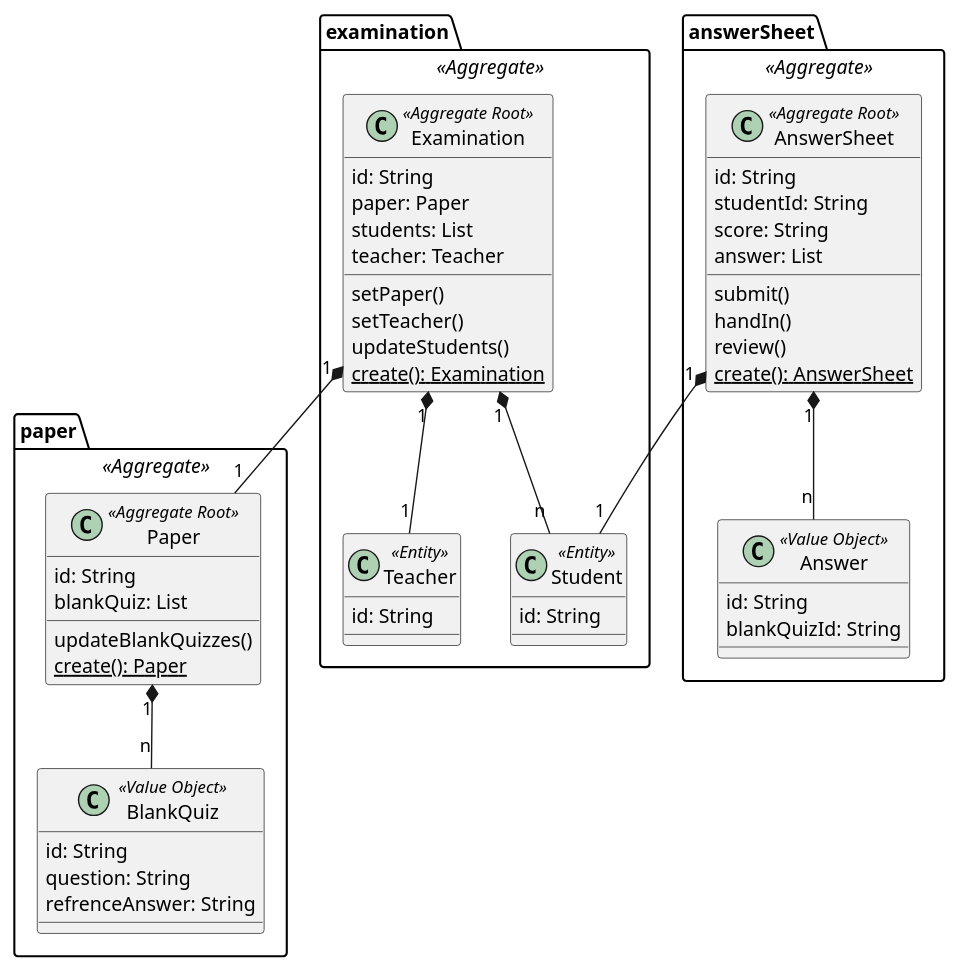
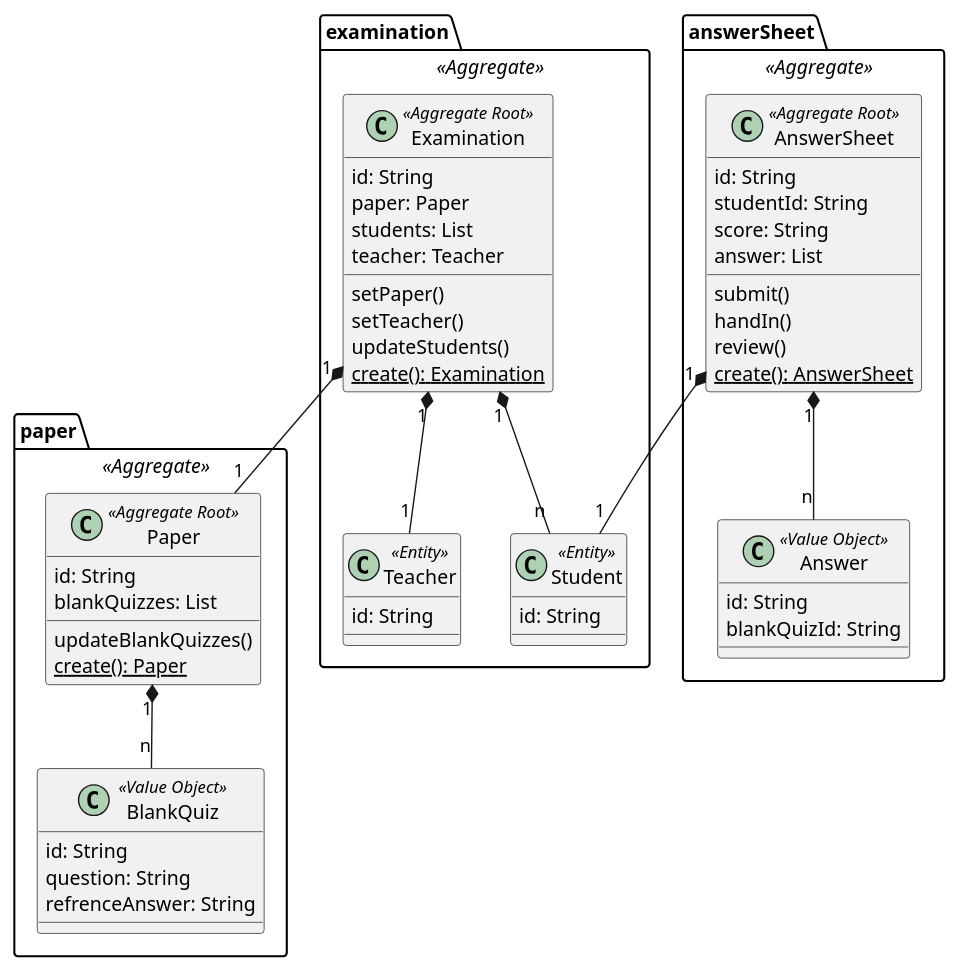
One commit to ChengYurou/exam-plantform changed the diagram in design/demo.puml. Above: the diagram before and after it, drawn with PlantUML.

Commit message:
rename parameter.

```diff
--- a/design/demo.puml
+++ b/design/demo.puml
@@ -1,60 +1,60 @@
 @startuml
 package paper <<Aggregate>>  {
     class Paper <<Aggregate Root>> {
         id: String
-        blankQuiz: List
+        blankQuizzes: List
         updateBlankQuizzes()
         {static} create(): Paper
     }
     class BlankQuiz <<Value Object>>{
         id: String
         question: String
         refrenceAnswer: String
     }
     Paper "1" *-- "n" BlankQuiz
 }
 package examination <<Aggregate>> {
     class Examination <<Aggregate Root>> {
         id: String
         paper: Paper
         students: List
         teacher: Teacher
         setPaper()
         setTeacher()
         updateStudents()
         {static} create(): Examination
     }
 
     class Student <<Entity>> {
         id: String
     }
 
     class Teacher <<Entity>> {
         id: String
     }
 
     Examination "1" *-- "1" Paper
     Examination "1" *-- "1" Teacher
     Examination "1" *-- "n" Student
 }
 package answerSheet <<Aggregate>> {
     class AnswerSheet <<Aggregate Root>> {
         id: String
         studentId: String
         score: String
         answer: List
         submit()
         handIn()
         review()
         {static} create(): AnswerSheet
     }
 
     class Answer <<Value Object>> {
         id: String
         blankQuizId: String
     }
 
     AnswerSheet "1" *-- "1" Student
     AnswerSheet "1" *-- "n" Answer
 }
 @enduml
```
